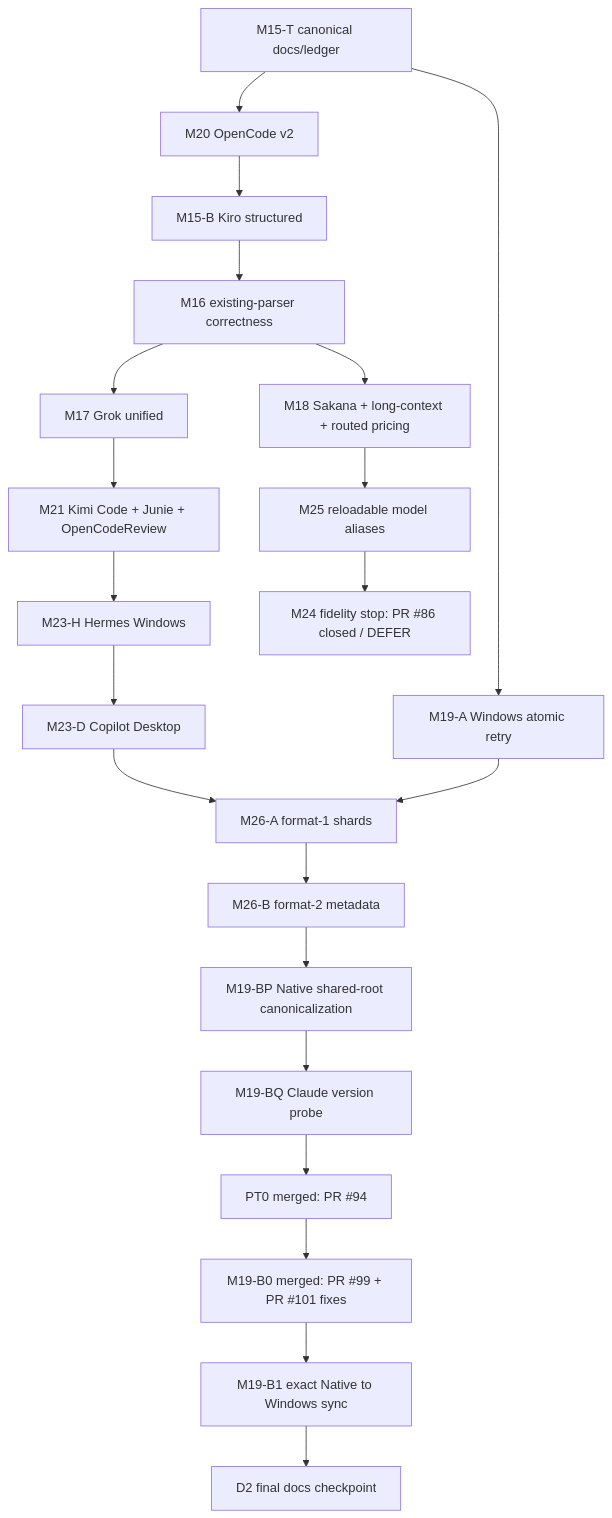
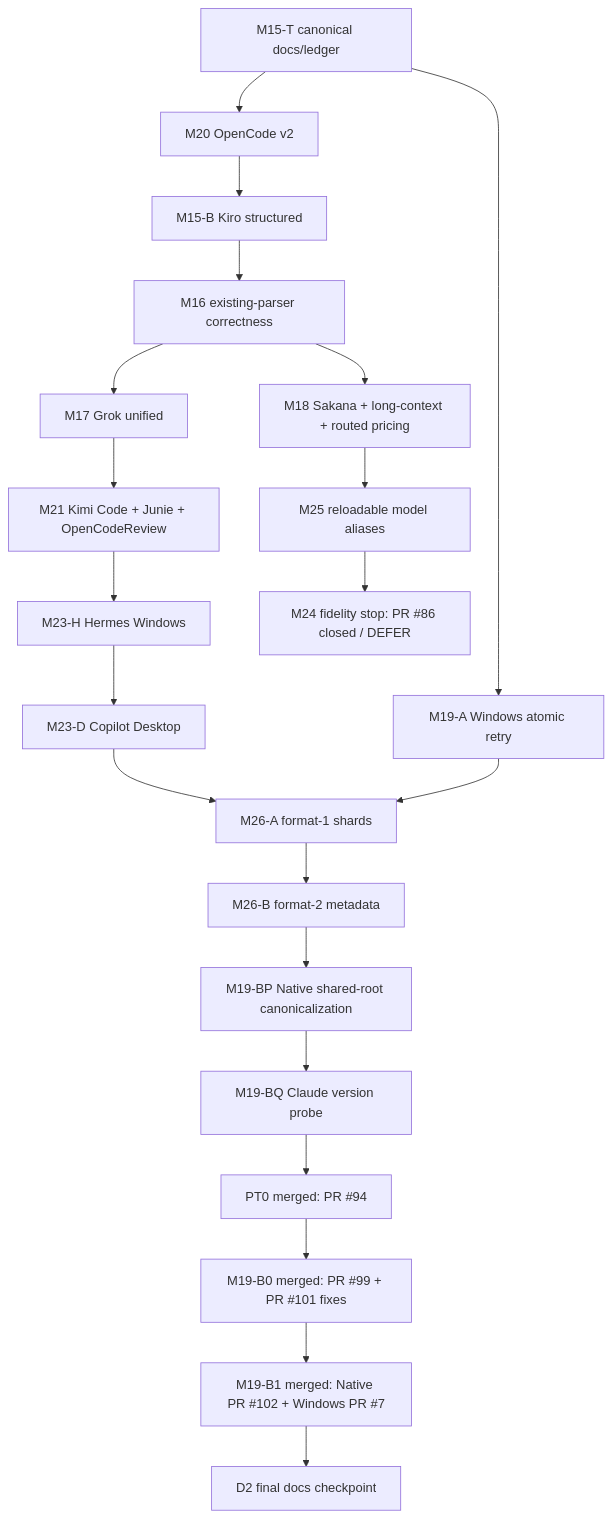
The first of 2 diagrams in docs/knowledge/plans/tokscale-alignment.md (Agugu-official/TokenBar), drawn with Mermaid before and after one commit. The commit also changed other lines of this file and 6 other files, not shown here.

````diff
--- a/docs/knowledge/plans/tokscale-alignment.md
+++ b/docs/knowledge/plans/tokscale-alignment.md
@@ -79,27 +80,27 @@
 ```mermaid
 flowchart TD
     T[M15-T canonical docs/ledger] --> O[M20 OpenCode v2]
     O --> K[M15-B Kiro structured]
     K --> C[M16 existing-parser correctness]
 
     C --> G[M17 Grok unified]
     G --> N1[M21 Kimi Code + Junie + OpenCodeReview]
     N1 --> H[M23-H Hermes Windows]
     H --> D[M23-D Copilot Desktop]
 
     C --> P[M18 Sakana + long-context + routed pricing]
     P --> A[M25 reloadable model aliases]
     A --> W[M24 fidelity stop: PR #86 closed / DEFER]
 
     T --> F[M19-A Windows atomic retry]
 
     D --> SA[M26-A format-1 shards]
     F --> SA
     SA --> SB[M26-B format-2 metadata]
     SB --> BP[M19-BP Native shared-root canonicalization]
     BP --> BQ[M19-BQ Claude version probe]
     BQ --> PT0[PT0 merged: PR #94]
     PT0 --> W0[M19-B0 merged: PR #99 + PR #101 fixes]
-    W0 --> W1[M19-B1 exact Native to Windows sync]
+    W0 --> W1[M19-B1 merged: Native PR #102 + Windows PR #7]
     W1 --> D2[D2 final docs checkpoint]
 ```
````
